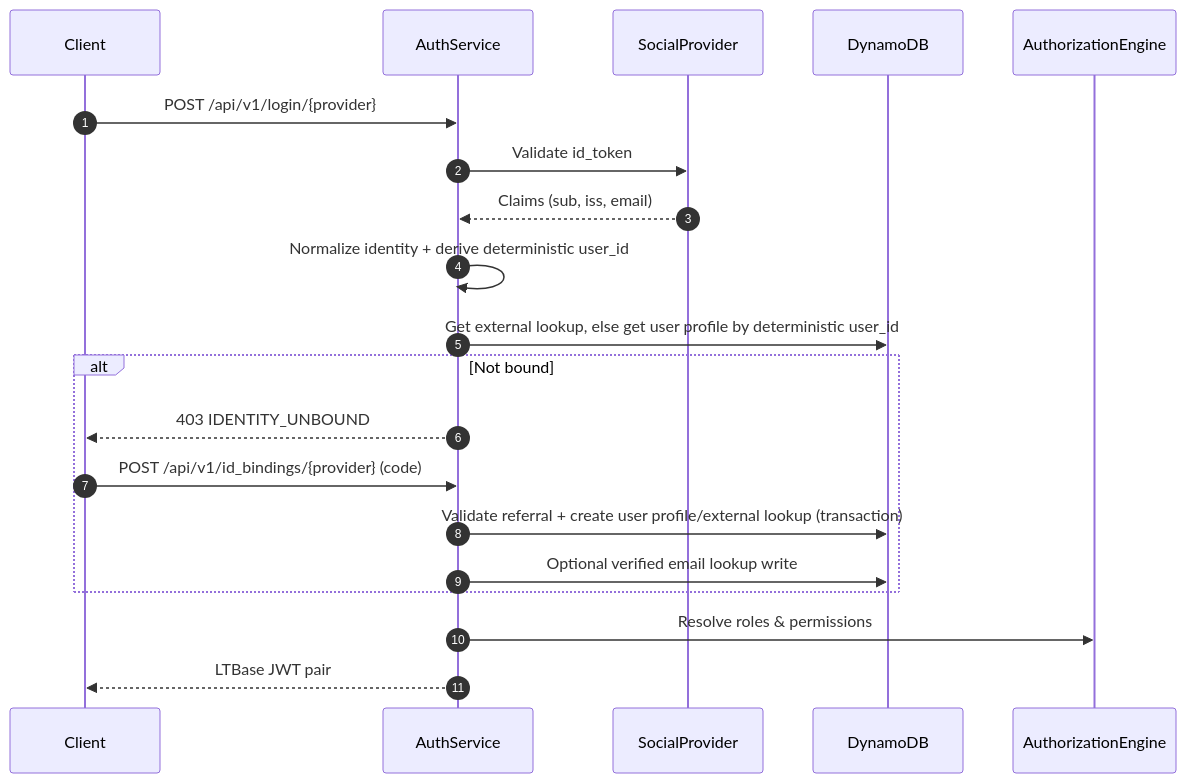
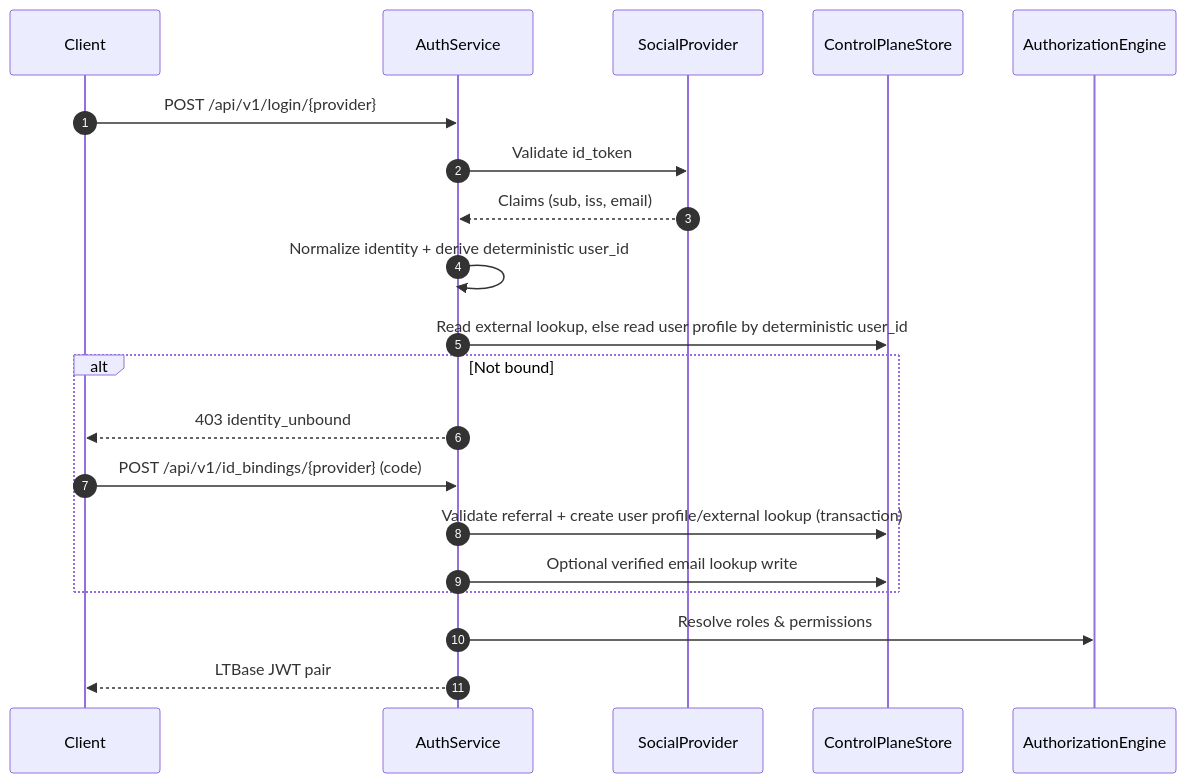
The diagram in EN/aaa.md (Lychee-Technology/rfc), drawn with Mermaid before and after one commit. The commit also changed other lines of this file and 5 other files, not shown here.

````diff
--- a/EN/aaa.md
+++ b/EN/aaa.md
@@ -235,26 +236,26 @@
 ```mermaid
 sequenceDiagram
     autonumber
     participant Client
     participant AuthService
     participant SocialProvider
-    participant DynamoDB
+    participant ControlPlaneStore
     participant AuthorizationEngine
 
     Client->>AuthService: POST /api/v1/login/{provider}
     AuthService->>SocialProvider: Validate id_token
     SocialProvider-->>AuthService: Claims (sub, iss, email)
 
     AuthService->>AuthService: Normalize identity + derive deterministic user_id
-    AuthService->>DynamoDB: Get external lookup, else get user profile by deterministic user_id
+    AuthService->>ControlPlaneStore: Read external lookup, else read user profile by deterministic user_id
 
     alt Not bound
-        AuthService-->>Client: 403 IDENTITY_UNBOUND
+        AuthService-->>Client: 403 identity_unbound
         Client->>AuthService: POST /api/v1/id_bindings/{provider} (code)
-        AuthService->>DynamoDB: Validate referral + create user profile/external lookup (transaction)
-        AuthService->>DynamoDB: Optional verified email lookup write
+        AuthService->>ControlPlaneStore: Validate referral + create user profile/external lookup (transaction)
+        AuthService->>ControlPlaneStore: Optional verified email lookup write
     end
 
     AuthService->>AuthorizationEngine: Resolve roles & permissions
     AuthService-->>Client: LTBase JWT pair
 ```
````
